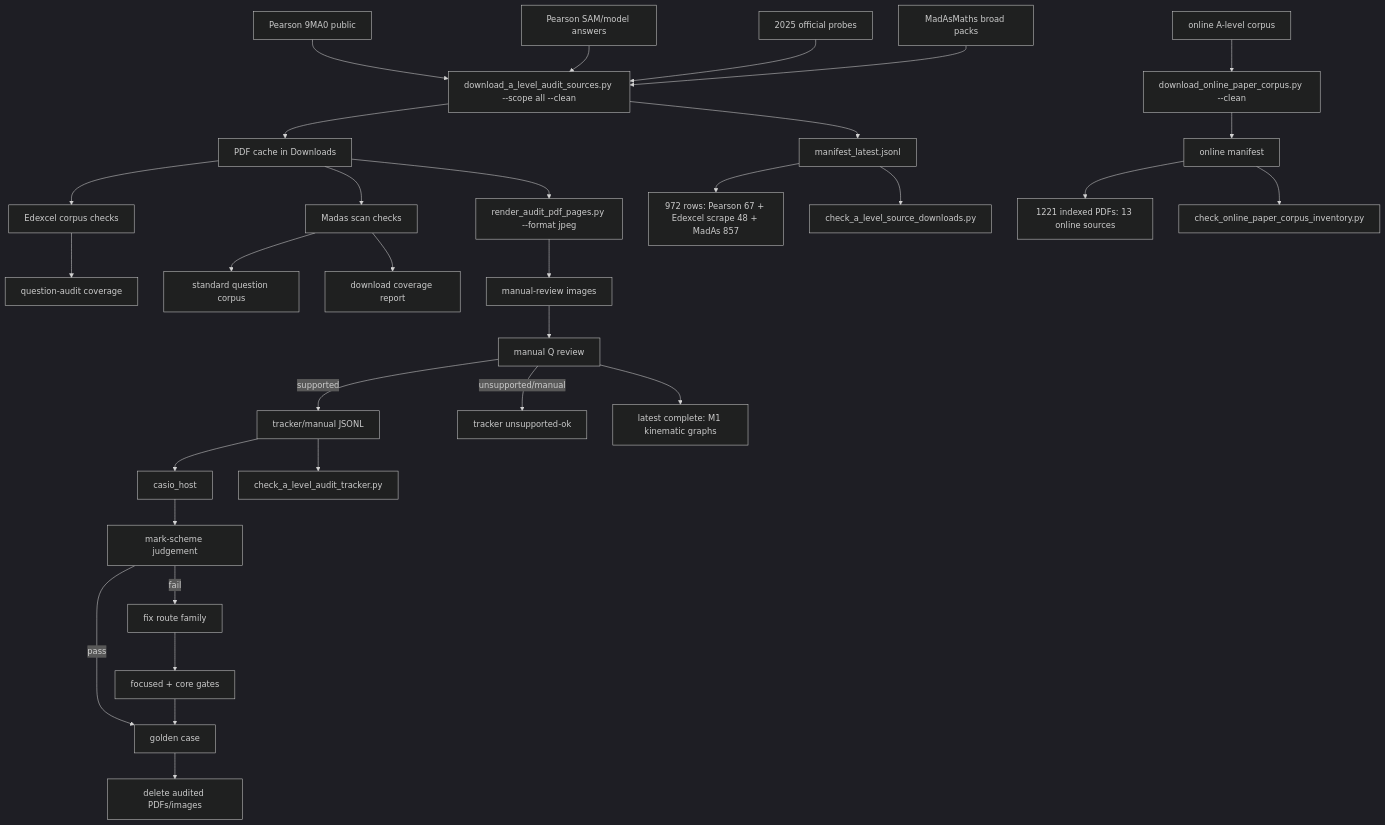
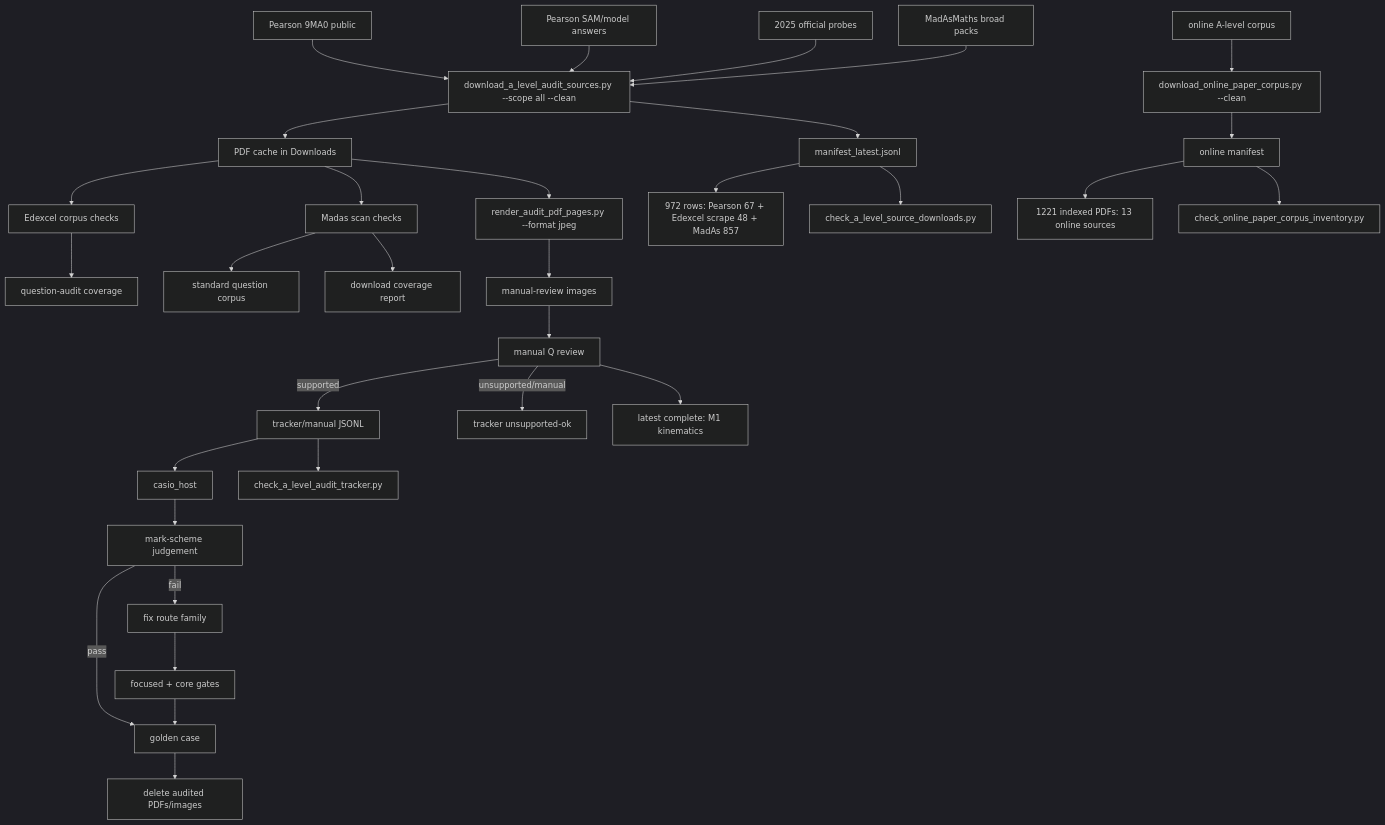
One commit to james8464/notes-addin-casio-fx-cg50 changed the diagram in c++/tools/golden/a_level_audit_graph.md. Above: the diagram before and after it, drawn with Mermaid (dark theme). The commit also changed other lines of this file and 2 other files, not shown here.

Commit message:
Audit M1 kinematics booklet

````diff
--- a/c++/tools/golden/a_level_audit_graph.md
+++ b/c++/tools/golden/a_level_audit_graph.md
@@ -3,34 +3,34 @@
 ```mermaid
 graph TD
   E1["Pearson 9MA0 public"] --> D["download_a_level_audit_sources.py --scope all --clean"]
   E2["Pearson SAM/model answers"] --> D
   E3["2025 official probes"] --> D
   M1["MadAsMaths broad packs"] --> D
   O1["online A-level corpus"] --> OD["download_online_paper_corpus.py --clean"]
   D --> P["PDF cache in Downloads"]
   D --> X["manifest_latest.jsonl"]
   OD --> OX["online manifest"]
   X --> XC["972 rows: Pearson 67 + Edexcel scrape 48 + MadAs 857"]
   OX --> OC["1221 indexed PDFs: 13 online sources"]
   X --> V["check_a_level_source_downloads.py"]
   OX --> OV["check_online_paper_corpus_inventory.py"]
   P --> E["Edexcel corpus checks"]
   E --> EQ["question-audit coverage"]
   P --> S["Madas scan checks"]
   S --> M["standard question corpus"]
   S --> MC["download coverage report"]
   P --> R["render_audit_pdf_pages.py --format jpeg"]
   R --> I["manual-review images"]
   I --> Q["manual Q review"]
   Q -->|supported| J["tracker/manual JSONL"]
   Q -->|unsupported/manual| U["tracker unsupported-ok"]
   J --> H["casio_host"]
   J --> K["check_a_level_audit_tracker.py"]
   H --> C["mark-scheme judgement"]
   C -->|pass| G["golden case"]
   C -->|fail| F["fix route family"]
   F --> T["focused + core gates"]
   T --> G
   G --> Z["delete audited PDFs/images"]
-  Q --> Qt["latest complete: M1 kinematic graphs"]
+  Q --> Qt["latest complete: M1 kinematics"]
 ```
````
